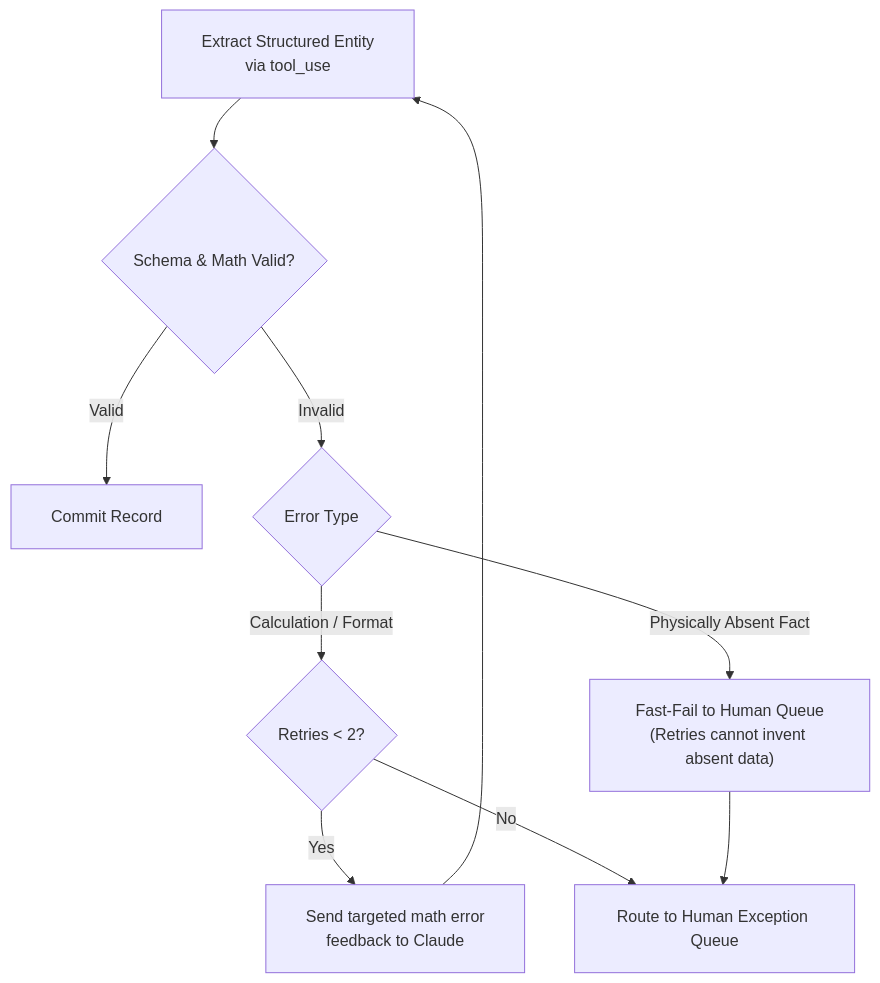
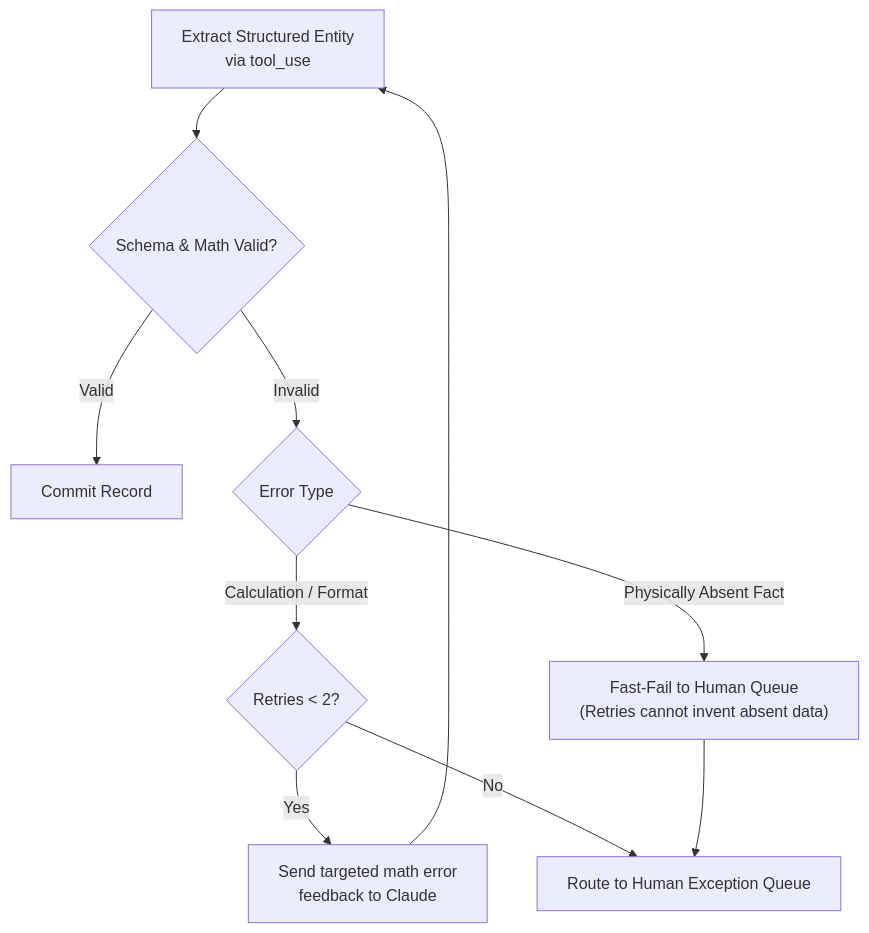
One commit to dip4k/claude_cert_architect_foundation_prep changed the fourth of 6 diagrams in EXAM_REFRESHER.md. Above: the diagram before and after it, drawn with Mermaid. The commit also changed other lines of this file and 31 other files, not shown here.

First line of the commit message:
docs(diagrams): fix GitHub Mermaid rendering cut-off, wrappingWidth, and entity escapes across all 32 docs

````diff
--- a/EXAM_REFRESHER.md
+++ b/EXAM_REFRESHER.md
@@ -221,11 +221,11 @@
 ```mermaid
-%%{init: {"flowchart": {"htmlLabels": true, "padding": 20}}}%%
+%%{init: {"flowchart": {"htmlLabels": true, "wrappingWidth": 250}}}%%
 flowchart TD
     Extr["Extract Structured Entity<br/>via tool_use"] --> Val{"Schema & Math Valid?"}
     Val -- "Valid" --> Success["Commit Record"]
     Val -- "Invalid" --> ErrorType{"Error Type"}
-    ErrorType -- "Calculation / Format" --> CanRetry{"Retries < 2?"}
+    ErrorType -- "Calculation / Format" --> CanRetry{"Retries &lt; 2?"}
     CanRetry -- "Yes" --> Feedback["Send targeted math error<br/>feedback to Claude"] --> Extr
     CanRetry -- "No" --> HumanQueue["Route to Human Exception Queue"]
     ErrorType -- "Physically Absent Fact" --> FastFail["Fast-Fail to Human Queue<br/>(Retries cannot invent absent data)"] --> HumanQueue
 ```
````
